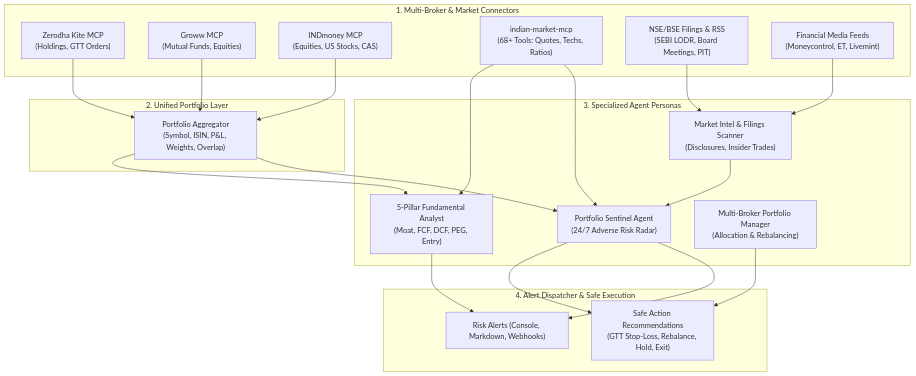
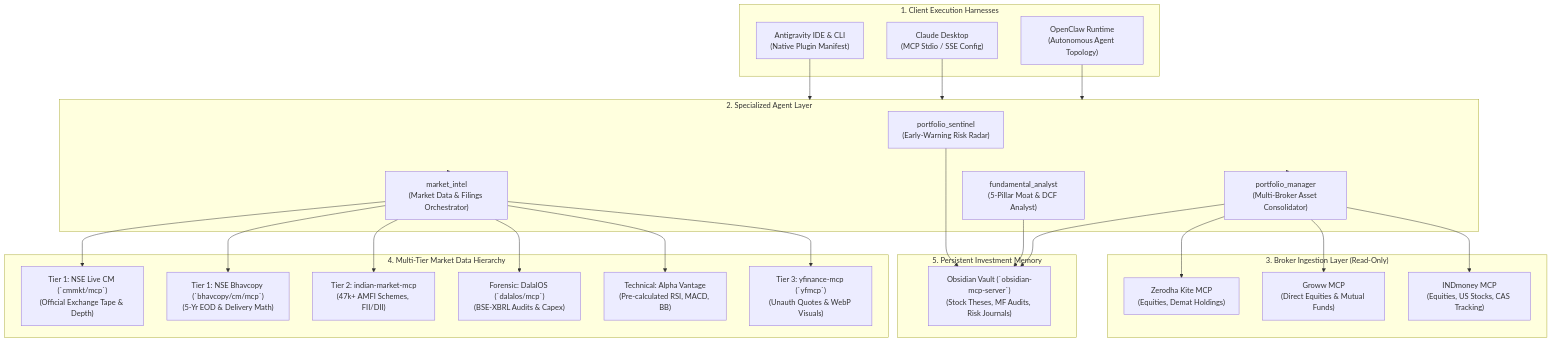
Before and after one commit to dotslash21/stonks-agent: the diagram in README.md, drawn with Mermaid. The commit also changed other lines of this file and 1 other file, not shown here.

Commit message:
docs: finalize user guide and complete plugin verification

````diff
--- a/README.md
+++ b/README.md
@@ -14,45 +21,55 @@
 ```mermaid
 flowchart TD
-    subgraph DataConnectors ["1. Multi-Broker & Market Connectors"]
-        KITE["Zerodha Kite MCP<br/>(Holdings, GTT Orders)"]
-        GROWW["Groww MCP<br/>(Mutual Funds, Equities)"]
-        INDM["INDmoney MCP<br/>(Equities, US Stocks, CAS)"]
-        MKT["indian-market-mcp<br/>(68+ Tools: Quotes, Techs, Ratios)"]
-        NSE["NSE/BSE Filings & RSS<br/>(SEBI LODR, Board Meetings, PIT)"]
-        NEWS["Financial Media Feeds<br/>(Moneycontrol, ET, Livemint)"]
+    subgraph MultiHarnessClients ["1. Client Execution Harnesses"]
+        AGY["Antigravity IDE & CLI<br/>(Native Plugin Manifest)"]
+        CLAUDE["Claude Desktop<br/>(MCP Stdio / SSE Config)"]
+        OPENCLAW["OpenClaw Runtime<br/>(Autonomous Agent Topology)"]
     end
 
-    subgraph Aggregation ["2. Unified Portfolio Layer"]
-        PORT["Portfolio Aggregator<br/>(Symbol, ISIN, P&L, Weights, Overlap)"]
+    subgraph AgentPersonas ["2. Specialized Agent Layer"]
+        SENTINEL["portfolio_sentinel<br/>(Early-Warning Risk Radar)"]
+        ANALYST["fundamental_analyst<br/>(5-Pillar Moat & DCF Analyst)"]
+        INTEL["market_intel<br/>(Market Data & Filings Orchestrator)"]
+        MANAGER["portfolio_manager<br/>(Multi-Broker Asset Consolidator)"]
     end
 
-    subgraph IntelligenceAgents ["3. Specialized Agent Personas"]
-        SENTINEL["Portfolio Sentinel Agent<br/>(24/7 Adverse Risk Radar)"]
-        VALUATION["5-Pillar Fundamental Analyst<br/>(Moat, FCF, DCF, PEG, Entry)"]
-        INTEL["Market Intel & Filings Scanner<br/>(Disclosures, Insider Trades)"]
-        MGR["Multi-Broker Portfolio Manager<br/>(Allocation & Rebalancing)"]
+    subgraph BrokerIngestion ["3. Broker Ingestion Layer (Read-Only)"]
+        KITE["Zerodha Kite MCP<br/>(Equities, Demat Holdings)"]
+        GROWW["Groww MCP<br/>(Direct Equities & Mutual Funds)"]
+        INDM["INDmoney MCP<br/>(Equities, US Stocks, CAS Tracking)"]
     end
 
-    subgraph ActionAlerts ["4. Alert Dispatcher & Safe Execution"]
-        ALERTS["Risk Alerts (Console, Markdown, Webhooks)"]
-        SAFE_EXEC["Safe Action Recommendations<br/>(GTT Stop-Loss, Rebalance, Hold, Exit)"]
+    subgraph MarketRouting ["4. Multi-Tier Market Data Hierarchy"]
+        NSE_CM["Tier 1: NSE Live CM (`cmmkt/mcp`)<br/>(Official Exchange Tape & Depth)"]
+        NSE_BHAV["Tier 1: NSE Bhavcopy (`bhavcopy/cm/mcp`)<br/>(5-Yr EOD & Delivery Math)"]
+        IMM["Tier 2: indian-market-mcp<br/>(47k+ AMFI Schemes, FII/DII)"]
+        DALAL["Forensic: DalalOS (`dalalos/mcp`)<br/>(BSE-XBRL Audits & Capex)"]
+        ALPHA["Technical: Alpha Vantage<br/>(Pre-calculated RSI, MACD, BB)"]
+        YFIN["Tier 3: yfinance-mcp (`yfmcp`)<br/>(Unauth Quotes & WebP Visuals)"]
     end
 
-    KITE --> PORT
-    GROWW --> PORT
-    INDM --> PORT
+    subgraph PersistentMemory ["5. Persistent Investment Memory"]
+        OBS["Obsidian Vault (`obsidian-mcp-server`)<br/>(Stock Theses, MF Audits, Risk Journals)"]
+    end
 
-    PORT --> SENTINEL
-    MKT --> SENTINEL
-    NSE --> INTEL
-    NEWS --> INTEL
-    INTEL --> SENTINEL
+    AGY --> AgentPersonas
+    CLAUDE --> AgentPersonas
+    OPENCLAW --> AgentPersonas
 
-    PORT --> VALUATION
-    MKT --> VALUATION
+    AgentPersonas --> MANAGER
+    MANAGER --> KITE
+    MANAGER --> GROWW
+    MANAGER --> INDM
 
-    SENTINEL --> ALERTS
-    SENTINEL --> SAFE_EXEC
-    VALUATION --> ALERTS
-    MGR --> SAFE_EXEC
+    AgentPersonas --> INTEL
+    INTEL --> NSE_CM
+    INTEL --> NSE_BHAV
+    INTEL --> IMM
+    INTEL --> DALAL
+    INTEL --> ALPHA
+    INTEL --> YFIN
+
+    SENTINEL --> OBS
+    ANALYST --> OBS
+    MANAGER --> OBS
 ```
````
